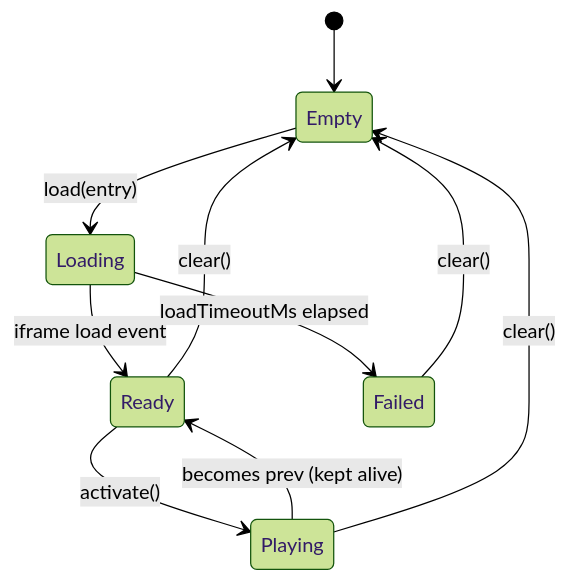
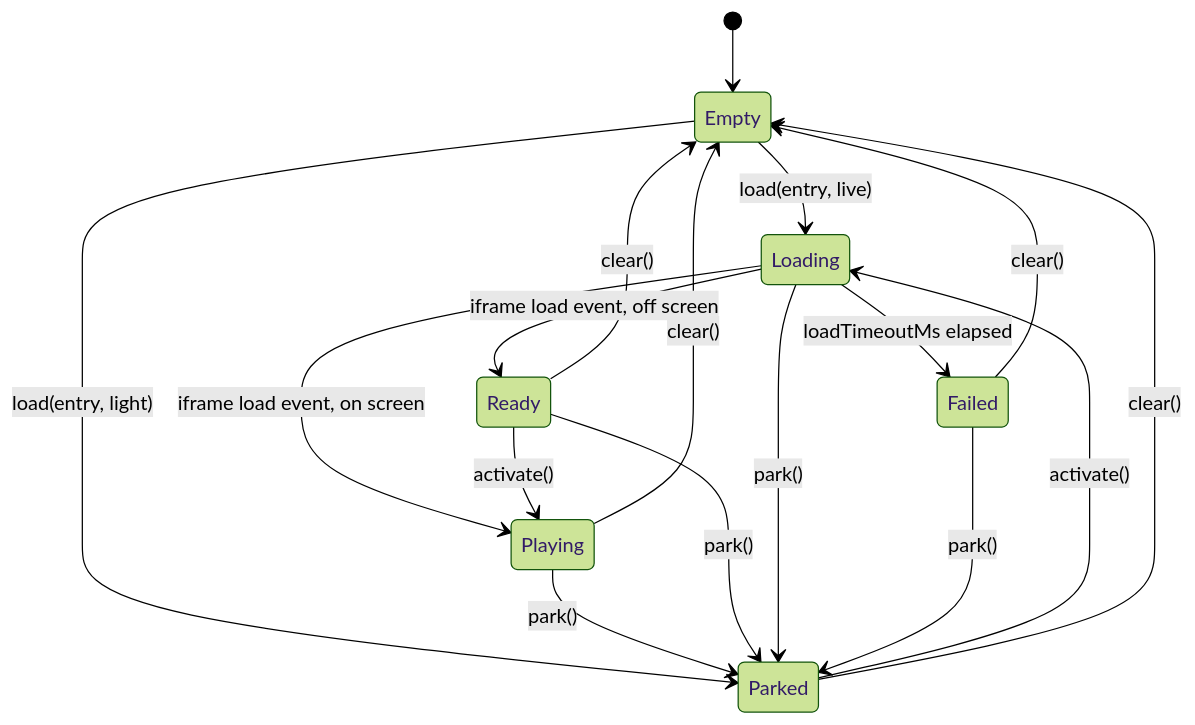
The fifth of 5 diagrams in apps/snackable/docs/plans/0001-snackable-game-feed.md (abr-designs/web-apps), drawn with Mermaid (forest theme) before and after one commit. The commit also changed other lines of this file and 15 other files, not shown here.

````diff
--- a/apps/snackable/docs/plans/0001-snackable-game-feed.md
+++ b/apps/snackable/docs/plans/0001-snackable-game-feed.md
@@ -127,12 +208,19 @@
 ```mermaid
 stateDiagram-v2
     [*] --> Empty
-    Empty --> Loading : load(entry)
-    Loading --> Ready : iframe load event
+    Empty --> Loading : load(entry, live)
+    Empty --> Parked : load(entry, light)
+    Loading --> Ready : iframe load event, off screen
+    Loading --> Playing : iframe load event, on screen
     Loading --> Failed : loadTimeoutMs elapsed
     Ready --> Playing : activate()
-    Playing --> Ready : becomes prev (kept alive)
+    Playing --> Parked : park()
+    Ready --> Parked : park()
+    Loading --> Parked : park()
+    Failed --> Parked : park()
+    Parked --> Loading : activate()
+    Parked --> Empty : clear()
     Ready --> Empty : clear()
     Playing --> Empty : clear()
     Failed --> Empty : clear()
 ```
````
